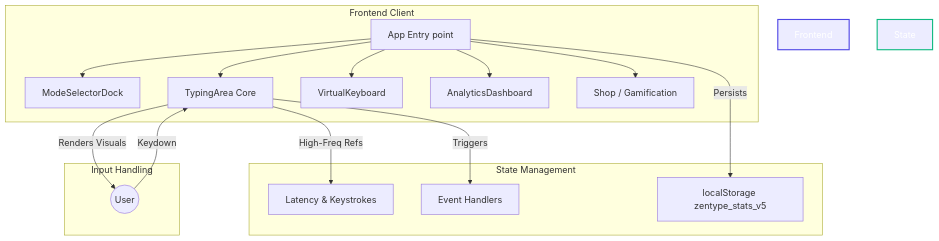
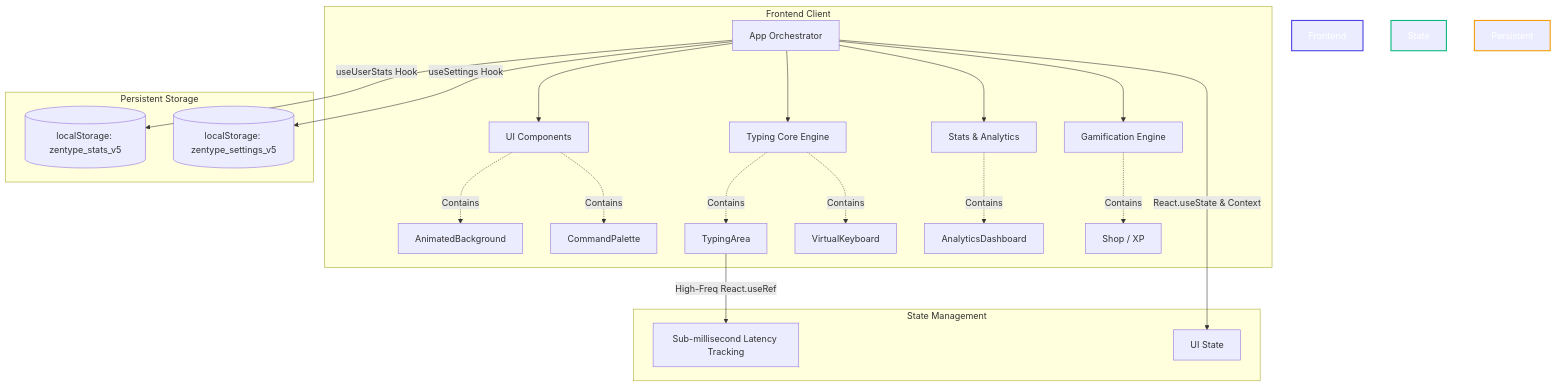
Before and after one commit to Sh1vaay/ZenType-Pro: the first of 2 diagrams in README.md, drawn with Mermaid. The commit also changed other lines of this file and 23 other files, not shown here.

Commit message:
refactor: implement custom hooks for state management and restructure project architecture

````diff
--- a/README.md
+++ b/README.md
@@ -32,24 +42,33 @@
 ```mermaid
 graph TD
     subgraph Frontend Client
-        A[App Entry point] --> B[ModeSelectorDock]
-        A --> C[TypingArea Core]
-        A --> D[VirtualKeyboard]
-        A --> E[AnalyticsDashboard]
-        A --> F[Shop / Gamification]
+        A[App Orchestrator] --> B[UI Components]
+        A --> C[Typing Core Engine]
+        A --> D[Stats & Analytics]
+        A --> E[Gamification Engine]
+        
+        B -.-> |Contains| B1[AnimatedBackground]
+        B -.-> |Contains| B2[CommandPalette]
+        
+        C -.-> |Contains| C1[TypingArea]
+        C -.-> |Contains| C2[VirtualKeyboard]
+        
+        D -.-> |Contains| D1[AnalyticsDashboard]
+        
+        E -.-> |Contains| E1[Shop / XP]
     end
 
     subgraph State Management
-        C -- High-Freq Refs --> G[Latency & Keystrokes]
-        C -- Triggers --> H[Event Handlers]
-        A -- Persists --> I[localStorage zentype_stats_v5]
+        C1 -- High-Freq React.useRef --> G[Sub-millisecond Latency Tracking]
+        A -- React.useState & Context --> H[UI State]
     end
-
-    subgraph Input Handling
-        U((User)) -- Keydown --> C
-        C -- Renders Visuals --> U
+    
+    subgraph Persistent Storage
+        A -- useUserStats Hook --> I[(localStorage: zentype_stats_v5)]
+        A -- useSettings Hook --> J[(localStorage: zentype_settings_v5)]
     end
 
     style Frontend Client fill:#0f172a,stroke:#4f46e5,stroke-width:2px,color:#fff
     style State Management fill:#1e293b,stroke:#10b981,stroke-width:2px,color:#fff
+    style Persistent Storage fill:#334155,stroke:#f59e0b,stroke-width:2px,color:#fff
 ```
````
